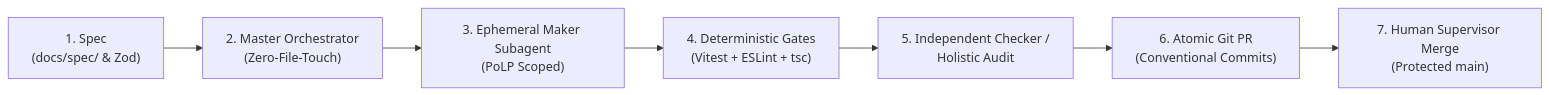
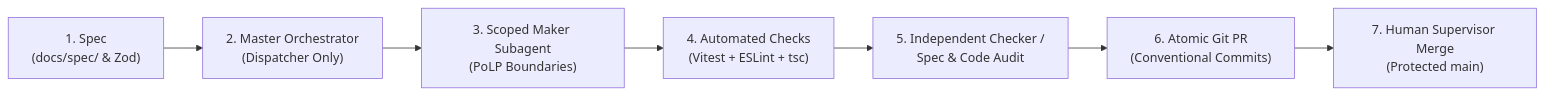
Before and after one commit to lukasmatusiewicz/OSCAR: the first of 2 diagrams in README.md, drawn with Mermaid. The commit also changed other lines of this file, not shown here.

````diff
--- a/README.md
+++ b/README.md
@@ -21,9 +21,9 @@
 ```mermaid
 flowchart LR
-    SPEC["1. Spec\n(docs/spec/ & Zod)"] --> ORCH["2. Master Orchestrator\n(Zero-File-Touch)"]
-    ORCH --> MAKER["3. Ephemeral Maker Subagent\n(PoLP Scoped)"]
-    MAKER --> GATES["4. Deterministic Gates\n(Vitest + ESLint + tsc)"]
-    GATES --> CHECKER["5. Independent Checker /\nHolistic Audit"]
+    SPEC["1. Spec\n(docs/spec/ & Zod)"] --> ORCH["2. Master Orchestrator\n(Dispatcher Only)"]
+    ORCH --> MAKER["3. Scoped Maker Subagent\n(PoLP Boundaries)"]
+    MAKER --> GATES["4. Automated Checks\n(Vitest + ESLint + tsc)"]
+    GATES --> CHECKER["5. Independent Checker /\nSpec & Code Audit"]
     CHECKER --> PR["6. Atomic Git PR\n(Conventional Commits)"]
     PR --> HUMAN["7. Human Supervisor Merge\n(Protected main)"]
 ```
````
